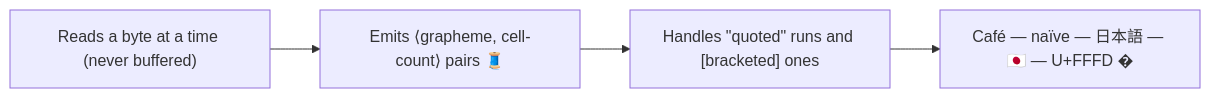
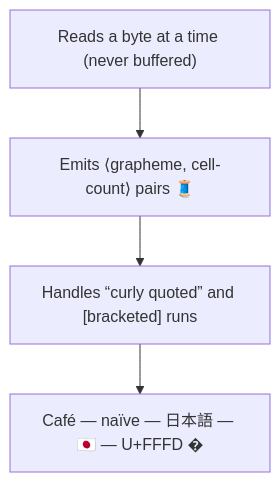
Diagram 24 of 32 in testdocs/07-mermaid.md (ryanthedev/stele), drawn with Mermaid before and after one commit. The commit also changed other lines of this file, not shown here.

````diff
--- a/testdocs/07-mermaid.md
+++ b/testdocs/07-mermaid.md
@@ -649,6 +678,6 @@
 ```mermaid
-flowchart LR
+flowchart TD
     A["Reads a byte at a time (never buffered)"] --> B["Emits ⟨grapheme, cell-count⟩ pairs 🧵"]
-    B --> C["Handles &quot;quoted&quot; runs and [bracketed] ones"]
+    B --> C["Handles “curly quoted” and [bracketed] runs"]
     C --> D["Café — naïve — 日本語 — 🇯🇵 — U+FFFD �"]
 ```
````
